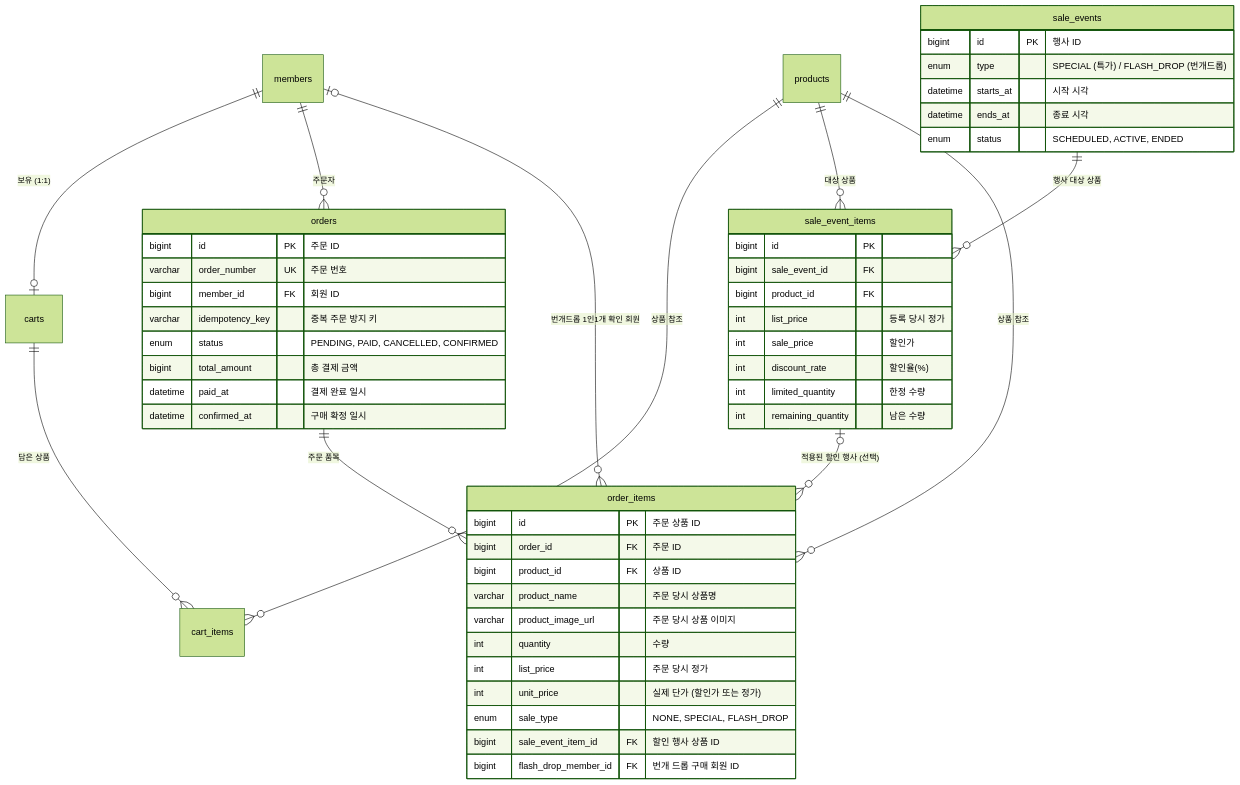
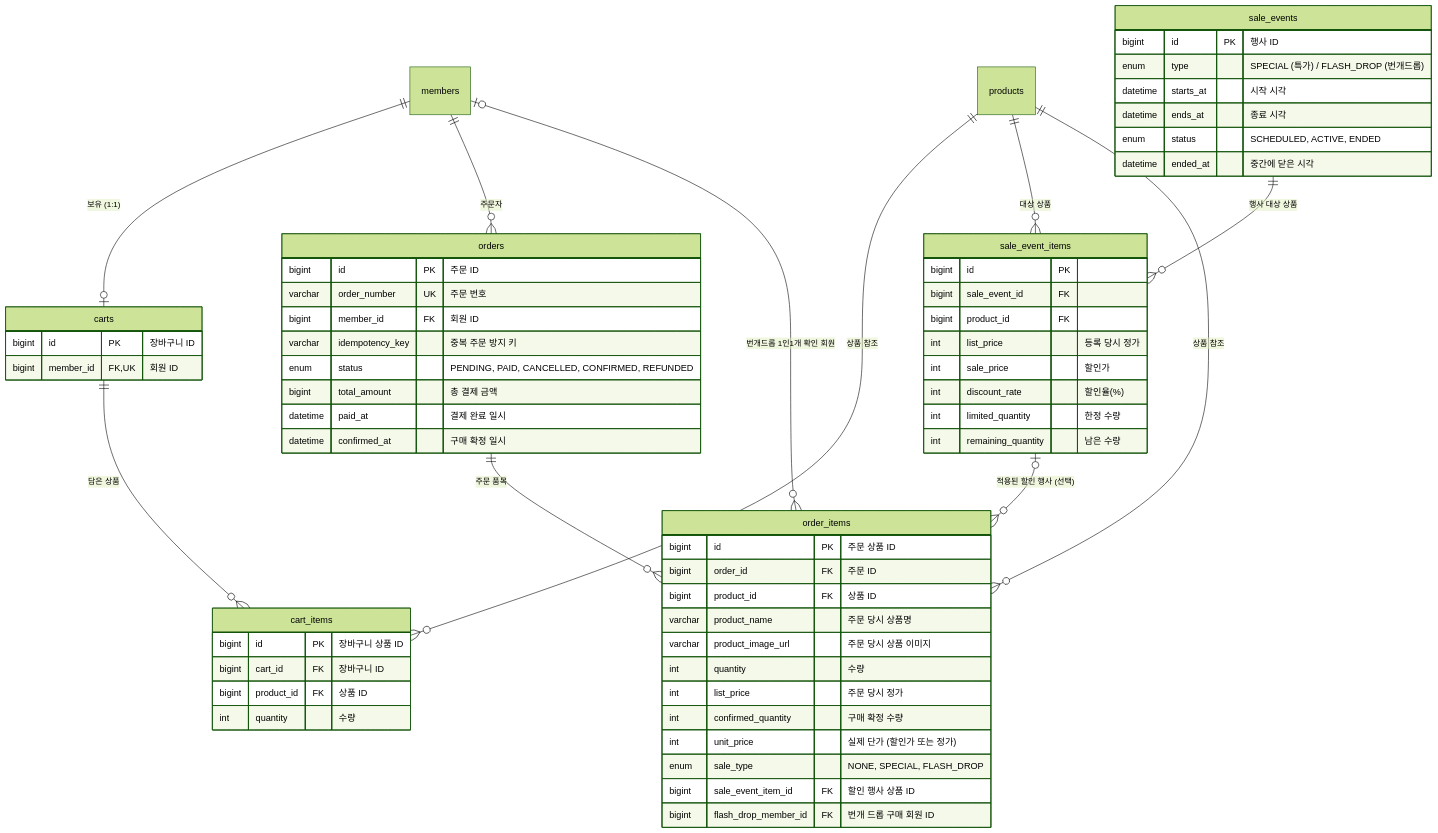
One commit to sparta-final-4/take-care-of-my-fridge changed the sixth of 11 diagrams in docs/database/erd.md. Above: the diagram before and after it, drawn with Mermaid (forest theme). The commit also changed other lines of this file and 53 other files, not shown here.

````diff
--- a/docs/database/erd.md
+++ b/docs/database/erd.md
@@ -249,59 +261,73 @@
 ```mermaid
 erDiagram
     members ||--o| carts : "보유 (1:1)"
     carts ||--o{ cart_items : "담은 상품"
     products ||--o{ cart_items : "상품 참조"
 
     sale_events ||--o{ sale_event_items : "행사 대상 상품"
     products ||--o{ sale_event_items : "대상 상품"
 
     members ||--o{ orders : "주문자"
     orders ||--o{ order_items : "주문 품목"
     products ||--o{ order_items : "상품 참조"
     sale_event_items |o--o{ order_items : "적용된 할인 행사 (선택)"
     members |o--o{ order_items : "번개드롭 1인1개 확인 회원"
 
     sale_events {
         bigint id PK "행사 ID"
         enum type "SPECIAL (특가) / FLASH_DROP (번개드롭)"
         datetime starts_at "시작 시각"
         datetime ends_at "종료 시각"
         enum status "SCHEDULED, ACTIVE, ENDED"
+        datetime ended_at "중간에 닫은 시각"
     }
 
     sale_event_items {
         bigint id PK
         bigint sale_event_id FK
         bigint product_id FK
         int list_price "등록 당시 정가"
         int sale_price "할인가"
         int discount_rate "할인율(%)"
         int limited_quantity "한정 수량"
         int remaining_quantity "남은 수량"
     }
 
     orders {
         bigint id PK "주문 ID"
         varchar order_number UK "주문 번호"
         bigint member_id FK "회원 ID"
         varchar idempotency_key "중복 주문 방지 키"
-        enum status "PENDING, PAID, CANCELLED, CONFIRMED"
+        enum status "PENDING, PAID, CANCELLED, CONFIRMED, REFUNDED"
         bigint total_amount "총 결제 금액"
         datetime paid_at "결제 완료 일시"
         datetime confirmed_at "구매 확정 일시"
     }
 
     order_items {
         bigint id PK "주문 상품 ID"
         bigint order_id FK "주문 ID"
         bigint product_id FK "상품 ID"
         varchar product_name "주문 당시 상품명"
         varchar product_image_url "주문 당시 상품 이미지"
         int quantity "수량"
         int list_price "주문 당시 정가"
+        int confirmed_quantity "구매 확정 수량"
         int unit_price "실제 단가 (할인가 또는 정가)"
         enum sale_type "NONE, SPECIAL, FLASH_DROP"
         bigint sale_event_item_id FK "할인 행사 상품 ID"
         bigint flash_drop_member_id FK "번개 드롭 구매 회원 ID"
     }
+
+    carts {
+        bigint id PK "장바구니 ID"
+        bigint member_id FK, UK "회원 ID"
+    }
+
+    cart_items {
+        bigint id PK "장바구니 상품 ID"
+        bigint cart_id FK "장바구니 ID"
+        bigint product_id FK "상품 ID"
+        int quantity "수량"
+    }
 ```
````
